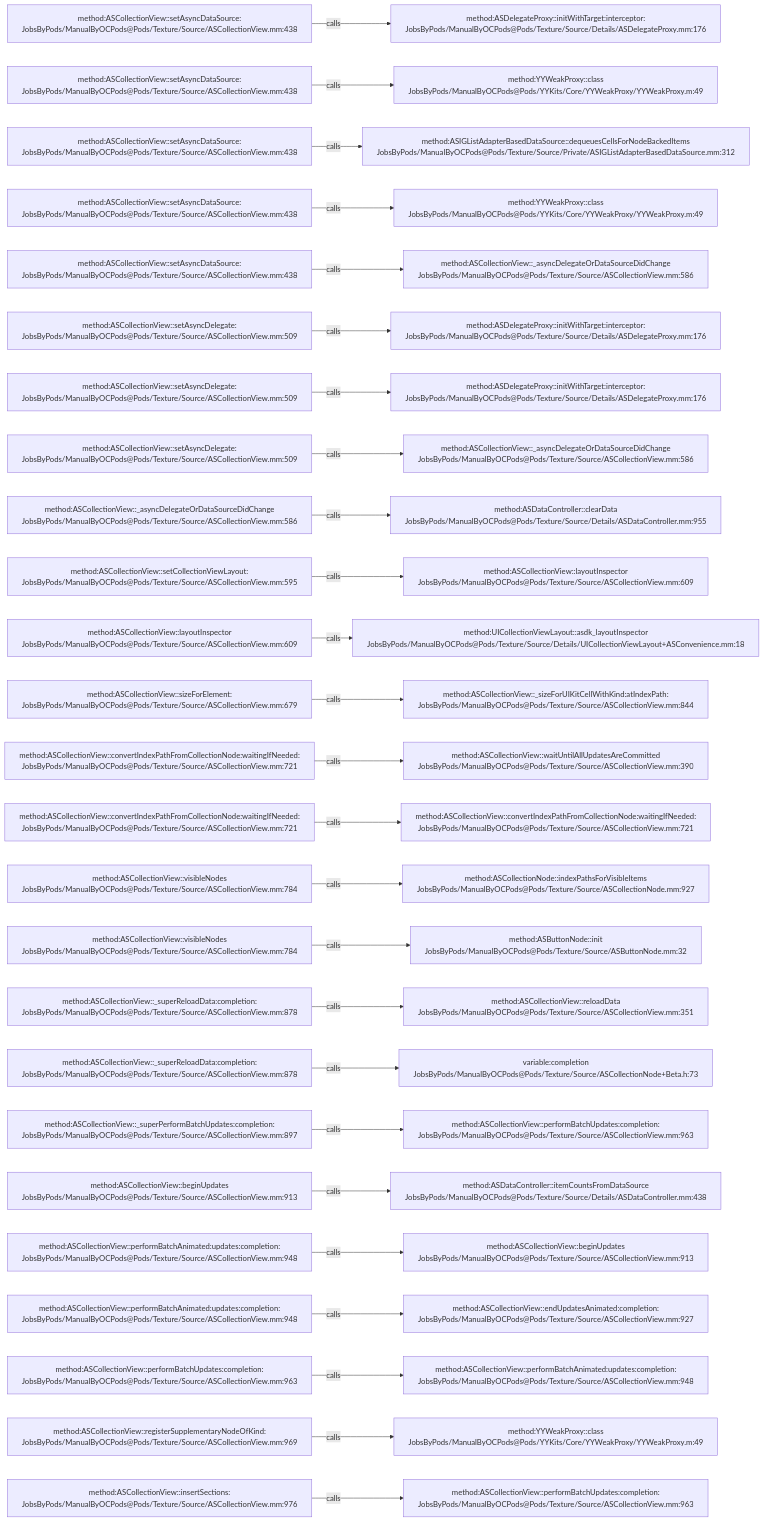
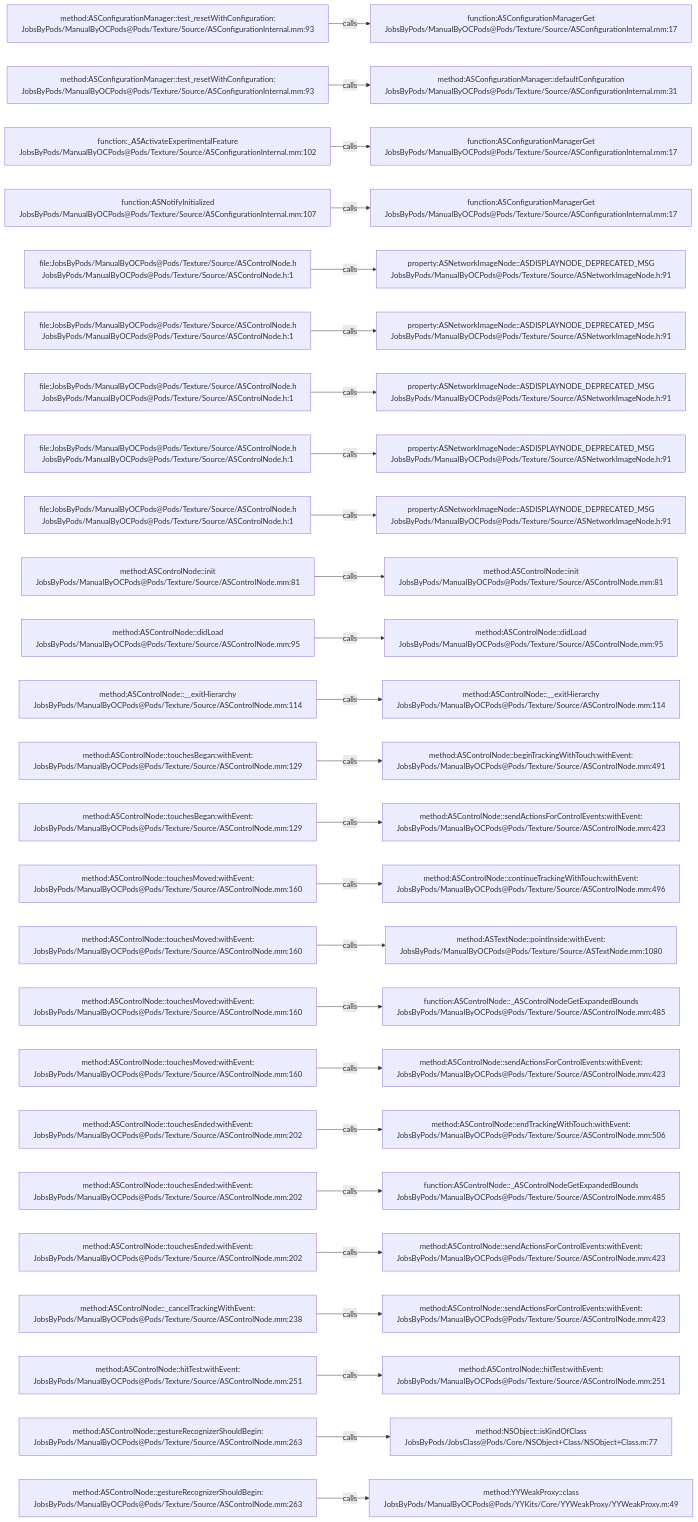
One commit to JobsKits/JobsOCBaseConfigDemo changed the diagram in .codegraph/codegraph.md/graphs/calls-088.md. Above: the diagram before and after it, drawn with Mermaid. The commit also changed 1223 other files, not shown here.

````diff
--- a/.codegraph/codegraph.md/graphs/calls-088.md
+++ b/.codegraph/codegraph.md/graphs/calls-088.md
@@ -13,78 +13,78 @@
 ```mermaid
 flowchart LR
-  S1["method:ASCollectionView::setAsyncDataSource:<br/>JobsByPods/ManualByOCPods@Pods/Texture/Source/ASCollectionView.mm:438"]
-  T1["method:ASDelegateProxy::initWithTarget:interceptor:<br/>JobsByPods/ManualByOCPods@Pods/Texture/Source/Details/ASDelegateProxy.mm:176"]
+  S1["method:ASConfigurationManager::test_resetWithConfiguration:<br/>JobsByPods/ManualByOCPods@Pods/Texture/Source/ASConfigurationInternal.mm:93"]
+  T1["function:ASConfigurationManagerGet<br/>JobsByPods/ManualByOCPods@Pods/Texture/Source/ASConfigurationInternal.mm:17"]
   S1 -->|calls| T1
-  S2["method:ASCollectionView::setAsyncDataSource:<br/>JobsByPods/ManualByOCPods@Pods/Texture/Source/ASCollectionView.mm:438"]
-  T2["method:YYWeakProxy::class<br/>JobsByPods/ManualByOCPods@Pods/YYKits/Core/YYWeakProxy/YYWeakProxy.m:49"]
+  S2["method:ASConfigurationManager::test_resetWithConfiguration:<br/>JobsByPods/ManualByOCPods@Pods/Texture/Source/ASConfigurationInternal.mm:93"]
+  T2["method:ASConfigurationManager::defaultConfiguration<br/>JobsByPods/ManualByOCPods@Pods/Texture/Source/ASConfigurationInternal.mm:31"]
   S2 -->|calls| T2
-  S3["method:ASCollectionView::setAsyncDataSource:<br/>JobsByPods/ManualByOCPods@Pods/Texture/Source/ASCollectionView.mm:438"]
-  T3["method:ASIGListAdapterBasedDataSource::dequeuesCellsForNodeBackedItems<br/>JobsByPods/ManualByOCPods@Pods/Texture/Source/Private/ASIGListAdapterBasedDataSource.mm:312"]
+  S3["function:_ASActivateExperimentalFeature<br/>JobsByPods/ManualByOCPods@Pods/Texture/Source/ASConfigurationInternal.mm:102"]
+  T3["function:ASConfigurationManagerGet<br/>JobsByPods/ManualByOCPods@Pods/Texture/Source/ASConfigurationInternal.mm:17"]
   S3 -->|calls| T3
-  S4["method:ASCollectionView::setAsyncDataSource:<br/>JobsByPods/ManualByOCPods@Pods/Texture/Source/ASCollectionView.mm:438"]
-  T4["method:YYWeakProxy::class<br/>JobsByPods/ManualByOCPods@Pods/YYKits/Core/YYWeakProxy/YYWeakProxy.m:49"]
+  S4["function:ASNotifyInitialized<br/>JobsByPods/ManualByOCPods@Pods/Texture/Source/ASConfigurationInternal.mm:107"]
+  T4["function:ASConfigurationManagerGet<br/>JobsByPods/ManualByOCPods@Pods/Texture/Source/ASConfigurationInternal.mm:17"]
   S4 -->|calls| T4
-  S5["method:ASCollectionView::setAsyncDataSource:<br/>JobsByPods/ManualByOCPods@Pods/Texture/Source/ASCollectionView.mm:438"]
-  T5["method:ASCollectionView::_asyncDelegateOrDataSourceDidChange<br/>JobsByPods/ManualByOCPods@Pods/Texture/Source/ASCollectionView.mm:586"]
+  S5["file:JobsByPods/ManualByOCPods@Pods/Texture/Source/ASControlNode.h<br/>JobsByPods/ManualByOCPods@Pods/Texture/Source/ASControlNode.h:1"]
+  T5["property:ASNetworkImageNode::ASDISPLAYNODE_DEPRECATED_MSG<br/>JobsByPods/ManualByOCPods@Pods/Texture/Source/ASNetworkImageNode.h:91"]
   S5 -->|calls| T5
-  S6["method:ASCollectionView::setAsyncDelegate:<br/>JobsByPods/ManualByOCPods@Pods/Texture/Source/ASCollectionView.mm:509"]
-  T6["method:ASDelegateProxy::initWithTarget:interceptor:<br/>JobsByPods/ManualByOCPods@Pods/Texture/Source/Details/ASDelegateProxy.mm:176"]
+  S6["file:JobsByPods/ManualByOCPods@Pods/Texture/Source/ASControlNode.h<br/>JobsByPods/ManualByOCPods@Pods/Texture/Source/ASControlNode.h:1"]
+  T6["property:ASNetworkImageNode::ASDISPLAYNODE_DEPRECATED_MSG<br/>JobsByPods/ManualByOCPods@Pods/Texture/Source/ASNetworkImageNode.h:91"]
   S6 -->|calls| T6
-  S7["method:ASCollectionView::setAsyncDelegate:<br/>JobsByPods/ManualByOCPods@Pods/Texture/Source/ASCollectionView.mm:509"]
-  T7["method:ASDelegateProxy::initWithTarget:interceptor:<br/>JobsByPods/ManualByOCPods@Pods/Texture/Source/Details/ASDelegateProxy.mm:176"]
+  S7["file:JobsByPods/ManualByOCPods@Pods/Texture/Source/ASControlNode.h<br/>JobsByPods/ManualByOCPods@Pods/Texture/Source/ASControlNode.h:1"]
+  T7["property:ASNetworkImageNode::ASDISPLAYNODE_DEPRECATED_MSG<br/>JobsByPods/ManualByOCPods@Pods/Texture/Source/ASNetworkImageNode.h:91"]
   S7 -->|calls| T7
-  S8["method:ASCollectionView::setAsyncDelegate:<br/>JobsByPods/ManualByOCPods@Pods/Texture/Source/ASCollectionView.mm:509"]
-  T8["method:ASCollectionView::_asyncDelegateOrDataSourceDidChange<br/>JobsByPods/ManualByOCPods@Pods/Texture/Source/ASCollectionView.mm:586"]
+  S8["file:JobsByPods/ManualByOCPods@Pods/Texture/Source/ASControlNode.h<br/>JobsByPods/ManualByOCPods@Pods/Texture/Source/ASControlNode.h:1"]
+  T8["property:ASNetworkImageNode::ASDISPLAYNODE_DEPRECATED_MSG<br/>JobsByPods/ManualByOCPods@Pods/Texture/Source/ASNetworkImageNode.h:91"]
   S8 -->|calls| T8
-  S9["method:ASCollectionView::_asyncDelegateOrDataSourceDidChange<br/>JobsByPods/ManualByOCPods@Pods/Texture/Source/ASCollectionView.mm:586"]
-  T9["method:ASDataController::clearData<br/>JobsByPods/ManualByOCPods@Pods/Texture/Source/Details/ASDataController.mm:955"]
+  S9["file:JobsByPods/ManualByOCPods@Pods/Texture/Source/ASControlNode.h<br/>JobsByPods/ManualByOCPods@Pods/Texture/Source/ASControlNode.h:1"]
+  T9["property:ASNetworkImageNode::ASDISPLAYNODE_DEPRECATED_MSG<br/>JobsByPods/ManualByOCPods@Pods/Texture/Source/ASNetworkImageNode.h:91"]
   S9 -->|calls| T9
-  S10["method:ASCollectionView::setCollectionViewLayout:<br/>JobsByPods/ManualByOCPods@Pods/Texture/Source/ASCollectionView.mm:595"]
-  T10["method:ASCollectionView::layoutInspector<br/>JobsByPods/ManualByOCPods@Pods/Texture/Source/ASCollectionView.mm:609"]
+  S10["method:ASControlNode::init<br/>JobsByPods/ManualByOCPods@Pods/Texture/Source/ASControlNode.mm:81"]
+  T10["method:ASControlNode::init<br/>JobsByPods/ManualByOCPods@Pods/Texture/Source/ASControlNode.mm:81"]
   S10 -->|calls| T10
-  S11["method:ASCollectionView::layoutInspector<br/>JobsByPods/ManualByOCPods@Pods/Texture/Source/ASCollectionView.mm:609"]
-  T11["method:UICollectionViewLayout::asdk_layoutInspector<br/>JobsByPods/ManualByOCPods@Pods/Texture/Source/Details/UICollectionViewLayout+ASConvenience.mm:18"]
+  S11["method:ASControlNode::didLoad<br/>JobsByPods/ManualByOCPods@Pods/Texture/Source/ASControlNode.mm:95"]
+  T11["method:ASControlNode::didLoad<br/>JobsByPods/ManualByOCPods@Pods/Texture/Source/ASControlNode.mm:95"]
   S11 -->|calls| T11
-  S12["method:ASCollectionView::sizeForElement:<br/>JobsByPods/ManualByOCPods@Pods/Texture/Source/ASCollectionView.mm:679"]
-  T12["method:ASCollectionView::_sizeForUIKitCellWithKind:atIndexPath:<br/>JobsByPods/ManualByOCPods@Pods/Texture/Source/ASCollectionView.mm:844"]
+  S12["method:ASControlNode::__exitHierarchy<br/>JobsByPods/ManualByOCPods@Pods/Texture/Source/ASControlNode.mm:114"]
+  T12["method:ASControlNode::__exitHierarchy<br/>JobsByPods/ManualByOCPods@Pods/Texture/Source/ASControlNode.mm:114"]
   S12 -->|calls| T12
-  S13["method:ASCollectionView::convertIndexPathFromCollectionNode:waitingIfNeeded:<br/>JobsByPods/ManualByOCPods@Pods/Texture/Source/ASCollectionView.mm:721"]
-  T13["method:ASCollectionView::waitUntilAllUpdatesAreCommitted<br/>JobsByPods/ManualByOCPods@Pods/Texture/Source/ASCollectionView.mm:390"]
+  S13["method:ASControlNode::touchesBegan:withEvent:<br/>JobsByPods/ManualByOCPods@Pods/Texture/Source/ASControlNode.mm:129"]
+  T13["method:ASControlNode::beginTrackingWithTouch:withEvent:<br/>JobsByPods/ManualByOCPods@Pods/Texture/Source/ASControlNode.mm:491"]
   S13 -->|calls| T13
-  S14["method:ASCollectionView::convertIndexPathFromCollectionNode:waitingIfNeeded:<br/>JobsByPods/ManualByOCPods@Pods/Texture/Source/ASCollectionView.mm:721"]
-  T14["method:ASCollectionView::convertIndexPathFromCollectionNode:waitingIfNeeded:<br/>JobsByPods/ManualByOCPods@Pods/Texture/Source/ASCollectionView.mm:721"]
+  S14["method:ASControlNode::touchesBegan:withEvent:<br/>JobsByPods/ManualByOCPods@Pods/Texture/Source/ASControlNode.mm:129"]
+  T14["method:ASControlNode::sendActionsForControlEvents:withEvent:<br/>JobsByPods/ManualByOCPods@Pods/Texture/Source/ASControlNode.mm:423"]
   S14 -->|calls| T14
-  S15["method:ASCollectionView::visibleNodes<br/>JobsByPods/ManualByOCPods@Pods/Texture/Source/ASCollectionView.mm:784"]
-  T15["method:ASCollectionNode::indexPathsForVisibleItems<br/>JobsByPods/ManualByOCPods@Pods/Texture/Source/ASCollectionNode.mm:927"]
+  S15["method:ASControlNode::touchesMoved:withEvent:<br/>JobsByPods/ManualByOCPods@Pods/Texture/Source/ASControlNode.mm:160"]
+  T15["method:ASControlNode::continueTrackingWithTouch:withEvent:<br/>JobsByPods/ManualByOCPods@Pods/Texture/Source/ASControlNode.mm:496"]
   S15 -->|calls| T15
-  S16["method:ASCollectionView::visibleNodes<br/>JobsByPods/ManualByOCPods@Pods/Texture/Source/ASCollectionView.mm:784"]
-  T16["method:ASButtonNode::init<br/>JobsByPods/ManualByOCPods@Pods/Texture/Source/ASButtonNode.mm:32"]
+  S16["method:ASControlNode::touchesMoved:withEvent:<br/>JobsByPods/ManualByOCPods@Pods/Texture/Source/ASControlNode.mm:160"]
+  T16["method:ASTextNode::pointInside:withEvent:<br/>JobsByPods/ManualByOCPods@Pods/Texture/Source/ASTextNode.mm:1080"]
   S16 -->|calls| T16
-  S17["method:ASCollectionView::_superReloadData:completion:<br/>JobsByPods/ManualByOCPods@Pods/Texture/Source/ASCollectionView.mm:878"]
-  T17["method:ASCollectionView::reloadData<br/>JobsByPods/ManualByOCPods@Pods/Texture/Source/ASCollectionView.mm:351"]
+  S17["method:ASControlNode::touchesMoved:withEvent:<br/>JobsByPods/ManualByOCPods@Pods/Texture/Source/ASControlNode.mm:160"]
+  T17["function:ASControlNode::_ASControlNodeGetExpandedBounds<br/>JobsByPods/ManualByOCPods@Pods/Texture/Source/ASControlNode.mm:485"]
   S17 -->|calls| T17
-  S18["method:ASCollectionView::_superReloadData:completion:<br/>JobsByPods/ManualByOCPods@Pods/Texture/Source/ASCollectionView.mm:878"]
-  T18["variable:completion<br/>JobsByPods/ManualByOCPods@Pods/Texture/Source/ASCollectionNode+Beta.h:73"]
+  S18["method:ASControlNode::touchesMoved:withEvent:<br/>JobsByPods/ManualByOCPods@Pods/Texture/Source/ASControlNode.mm:160"]
+  T18["method:ASControlNode::sendActionsForControlEvents:withEvent:<br/>JobsByPods/ManualByOCPods@Pods/Texture/Source/ASControlNode.mm:423"]
   S18 -->|calls| T18
-  S19["method:ASCollectionView::_superPerformBatchUpdates:completion:<br/>JobsByPods/ManualByOCPods@Pods/Texture/Source/ASCollectionView.mm:897"]
-  T19["method:ASCollectionView::performBatchUpdates:completion:<br/>JobsByPods/ManualByOCPods@Pods/Texture/Source/ASCollectionView.mm:963"]
+  S19["method:ASControlNode::touchesEnded:withEvent:<br/>JobsByPods/ManualByOCPods@Pods/Texture/Source/ASControlNode.mm:202"]
+  T19["method:ASControlNode::endTrackingWithTouch:withEvent:<br/>JobsByPods/ManualByOCPods@Pods/Texture/Source/ASControlNode.mm:506"]
   S19 -->|calls| T19
-  S20["method:ASCollectionView::beginUpdates<br/>JobsByPods/ManualByOCPods@Pods/Texture/Source/ASCollectionView.mm:913"]
-  T20["method:ASDataController::itemCountsFromDataSource<br/>JobsByPods/ManualByOCPods@Pods/Texture/Source/Details/ASDataController.mm:438"]
+  S20["method:ASControlNode::touchesEnded:withEvent:<br/>JobsByPods/ManualByOCPods@Pods/Texture/Source/ASControlNode.mm:202"]
+  T20["function:ASControlNode::_ASControlNodeGetExpandedBounds<br/>JobsByPods/ManualByOCPods@Pods/Texture/Source/ASControlNode.mm:485"]
   S20 -->|calls| T20
-  S21["method:ASCollectionView::performBatchAnimated:updates:completion:<br/>JobsByPods/ManualByOCPods@Pods/Texture/Source/ASCollectionView.mm:948"]
-  T21["method:ASCollectionView::beginUpdates<br/>JobsByPods/ManualByOCPods@Pods/Texture/Source/ASCollectionView.mm:913"]
+  S21["method:ASControlNode::touchesEnded:withEvent:<br/>JobsByPods/ManualByOCPods@Pods/Texture/Source/ASControlNode.mm:202"]
+  T21["method:ASControlNode::sendActionsForControlEvents:withEvent:<br/>JobsByPods/ManualByOCPods@Pods/Texture/Source/ASControlNode.mm:423"]
   S21 -->|calls| T21
-  S22["method:ASCollectionView::performBatchAnimated:updates:completion:<br/>JobsByPods/ManualByOCPods@Pods/Texture/Source/ASCollectionView.mm:948"]
-  T22["method:ASCollectionView::endUpdatesAnimated:completion:<br/>JobsByPods/ManualByOCPods@Pods/Texture/Source/ASCollectionView.mm:927"]
+  S22["method:ASControlNode::_cancelTrackingWithEvent:<br/>JobsByPods/ManualByOCPods@Pods/Texture/Source/ASControlNode.mm:238"]
+  T22["method:ASControlNode::sendActionsForControlEvents:withEvent:<br/>JobsByPods/ManualByOCPods@Pods/Texture/Source/ASControlNode.mm:423"]
   S22 -->|calls| T22
-  S23["method:ASCollectionView::performBatchUpdates:completion:<br/>JobsByPods/ManualByOCPods@Pods/Texture/Source/ASCollectionView.mm:963"]
-  T23["method:ASCollectionView::performBatchAnimated:updates:completion:<br/>JobsByPods/ManualByOCPods@Pods/Texture/Source/ASCollectionView.mm:948"]
+  S23["method:ASControlNode::hitTest:withEvent:<br/>JobsByPods/ManualByOCPods@Pods/Texture/Source/ASControlNode.mm:251"]
+  T23["method:ASControlNode::hitTest:withEvent:<br/>JobsByPods/ManualByOCPods@Pods/Texture/Source/ASControlNode.mm:251"]
   S23 -->|calls| T23
-  S24["method:ASCollectionView::registerSupplementaryNodeOfKind:<br/>JobsByPods/ManualByOCPods@Pods/Texture/Source/ASCollectionView.mm:969"]
-  T24["method:YYWeakProxy::class<br/>JobsByPods/ManualByOCPods@Pods/YYKits/Core/YYWeakProxy/YYWeakProxy.m:49"]
+  S24["method:ASControlNode::gestureRecognizerShouldBegin:<br/>JobsByPods/ManualByOCPods@Pods/Texture/Source/ASControlNode.mm:263"]
+  T24["method:NSObject::isKindOfClass<br/>JobsByPods/JobsClass@Pods/Core/NSObject+Class/NSObject+Class.m:77"]
   S24 -->|calls| T24
-  S25["method:ASCollectionView::insertSections:<br/>JobsByPods/ManualByOCPods@Pods/Texture/Source/ASCollectionView.mm:976"]
-  T25["method:ASCollectionView::performBatchUpdates:completion:<br/>JobsByPods/ManualByOCPods@Pods/Texture/Source/ASCollectionView.mm:963"]
+  S25["method:ASControlNode::gestureRecognizerShouldBegin:<br/>JobsByPods/ManualByOCPods@Pods/Texture/Source/ASControlNode.mm:263"]
+  T25["method:YYWeakProxy::class<br/>JobsByPods/ManualByOCPods@Pods/YYKits/Core/YYWeakProxy/YYWeakProxy.m:49"]
   S25 -->|calls| T25
 ```
````
